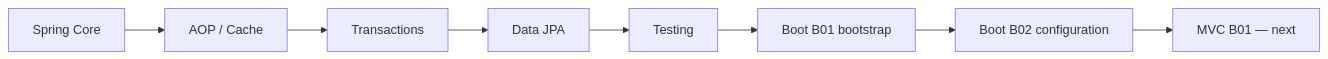
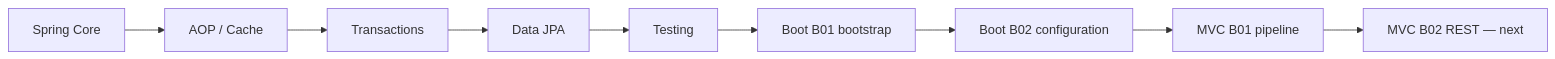
The diagram in 01_MAPS/Spring Map.md (alimbetov/obsidian), drawn with Mermaid before and after one commit. The commit also changed other lines of this file, not shown here.

Commit message:
Add SPRING-MVC-B01 to Spring map

````diff
--- a/01_MAPS/Spring Map.md
+++ b/01_MAPS/Spring Map.md
@@ -29,10 +30,11 @@
 ```mermaid
 flowchart LR
     CORE["Spring Core"] --> AOP["AOP / Cache"]
     AOP --> TX["Transactions"]
     TX --> DATA["Data JPA"]
     DATA --> TEST["Testing"]
     TEST --> B1["Boot B01 bootstrap"]
     B1 --> B2["Boot B02 configuration"]
-    B2 --> MVC["MVC B01 — next"]
+    B2 --> MVC1["MVC B01 pipeline"]
+    MVC1 --> MVC2["MVC B02 REST — next"]
 ```
````
